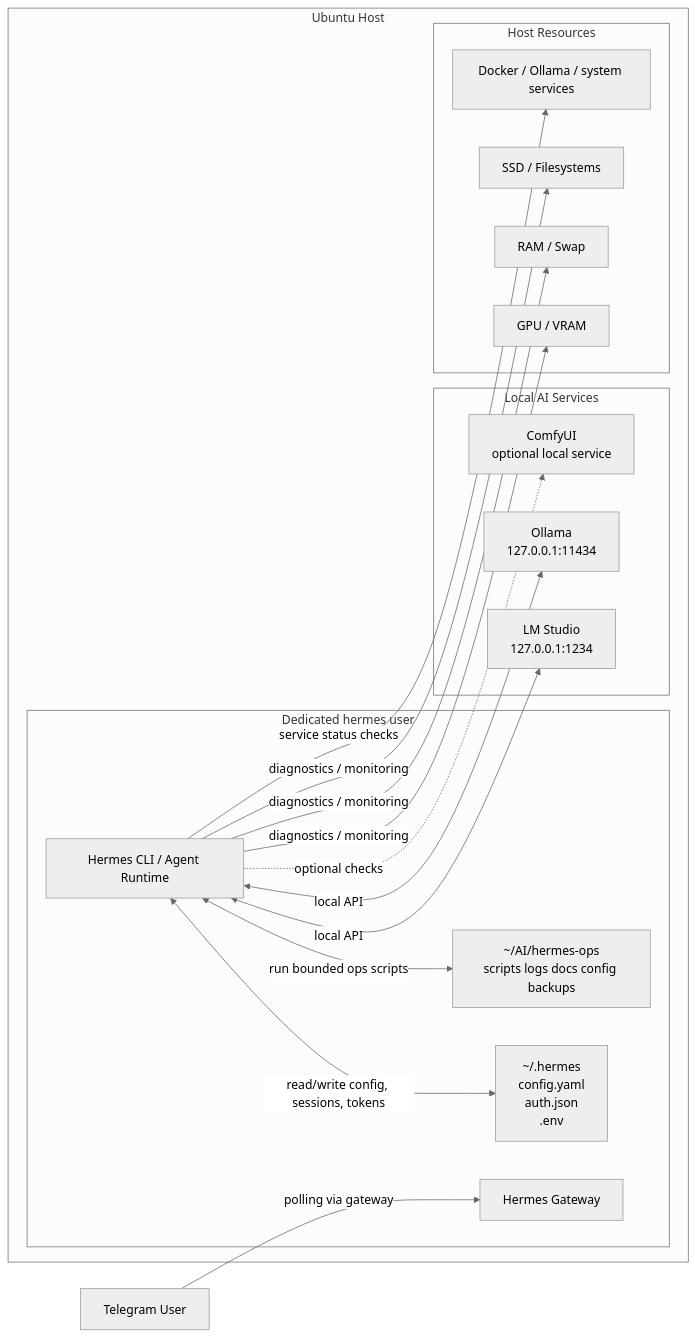
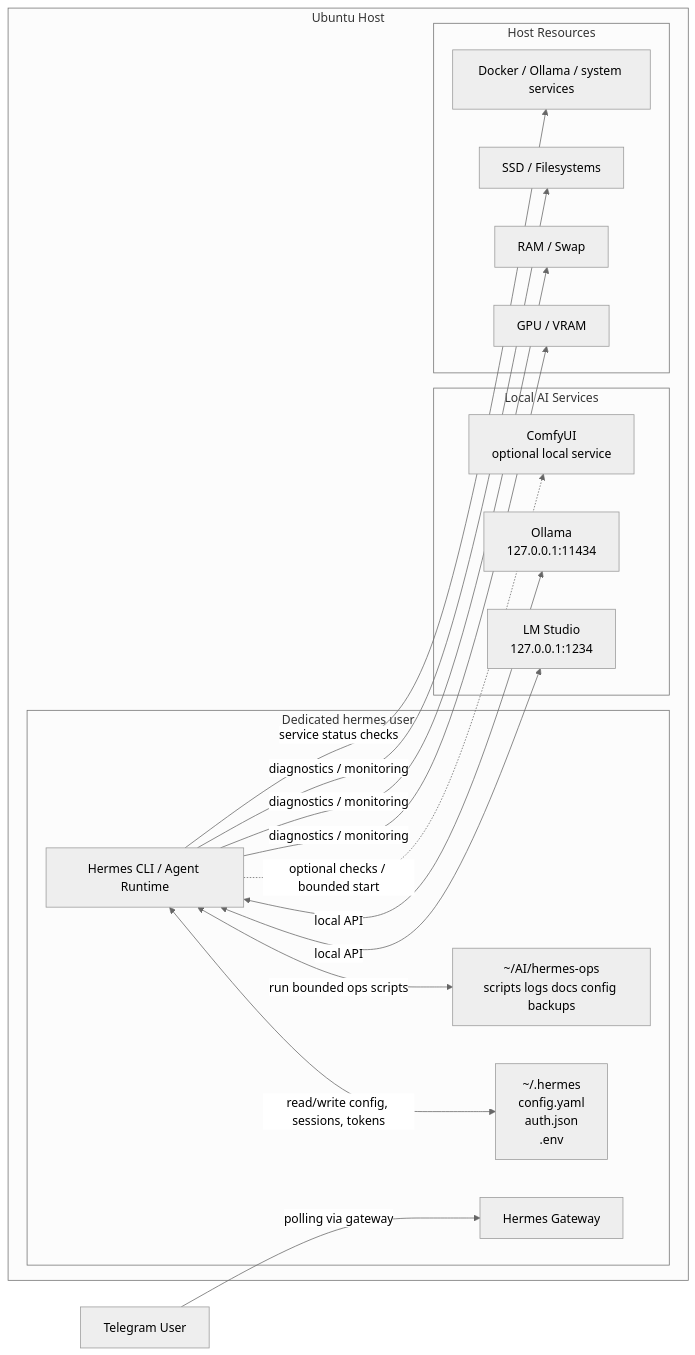
One commit to fabianobr/hermes-ops changed the diagram in docs/ARCHITECTURE.md. Above: the diagram before and after it, drawn with Mermaid (neutral theme). The commit also changed other lines of this file and 10 other files, not shown here.

First line of the commit message:
Add bounded ComfyUI start skill for Telegram

````diff
--- a/docs/ARCHITECTURE.md
+++ b/docs/ARCHITECTURE.md
@@ -23,36 +24,36 @@
 ```mermaid
 flowchart LR
     TG[Telegram User] -->|polling via gateway| HG[Hermes Gateway]
 
     subgraph HOST[Ubuntu Host]
         subgraph HU[Dedicated hermes user]
             HG
             HC[Hermes CLI / Agent Runtime]
             HS[~/.hermes<br/>config.yaml<br/>auth.json<br/>.env]
             HW[~/AI/hermes-ops<br/>scripts logs docs config backups]
         end
 
         subgraph LOCAL[Local AI Services]
             LM[LM Studio<br/>127.0.0.1:1234]
             OL[Ollama<br/>127.0.0.1:11434]
             CF[ComfyUI<br/>optional local service]
         end
 
         subgraph SYS[Host Resources]
             GPU[GPU / VRAM]
             MEM[RAM / Swap]
             DSK[SSD / Filesystems]
             SVC[Docker / Ollama / system services]
         end
     end
 
     HC <-->|read/write config, sessions, tokens| HS
     HC <-->|run bounded ops scripts| HW
     HC <-->|local API| LM
     HC <-->|local API| OL
-    HC -. optional checks .-> CF
+    HC -. optional checks / bounded start .-> CF
     HC -->|diagnostics / monitoring| GPU
     HC -->|diagnostics / monitoring| MEM
     HC -->|diagnostics / monitoring| DSK
     HC -->|service status checks| SVC
 ```
````
